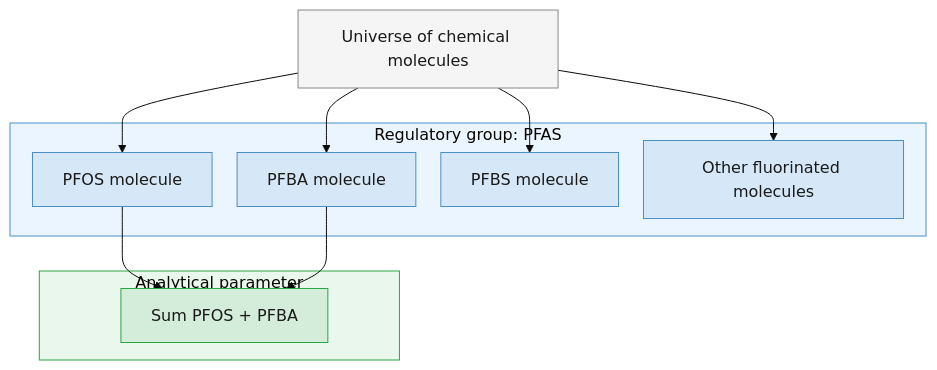
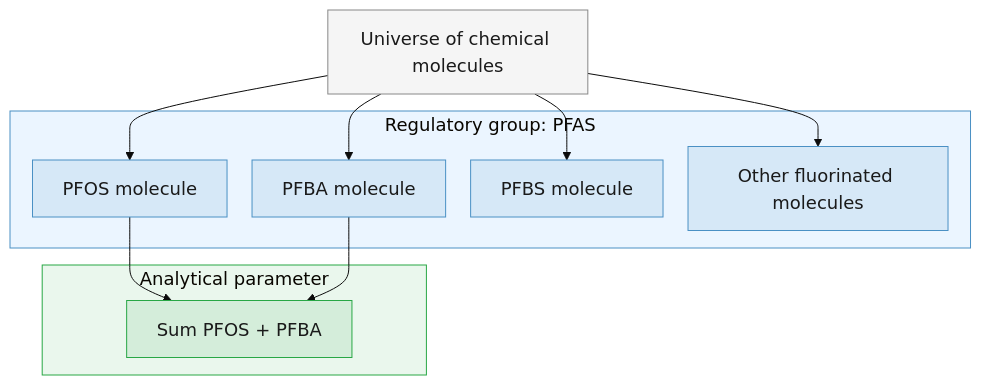
One commit to gezever/A-Substance-Is-Not-Always-a-Substance changed the diagram in paper/images/sources/regulatory_groups.mmd. Above: the diagram before and after it, drawn with Mermaid. The commit also changed 24 other files, not shown here.

```diff
--- a/paper/images/sources/regulatory_groups.mmd
+++ b/paper/images/sources/regulatory_groups.mmd
@@ -1,34 +1,34 @@
-%%{init: {"theme": "base", "themeVariables": {"clusterBkg": "#FAFAFA"}, "flowchart": {"nodeSpacing": 25, "rankSpacing": 35}}}%%
+%%{init: {"theme": "base", "themeVariables": {"clusterBkg": "#FAFAFA", "fontSize": "18px"}, "flowchart": {"nodeSpacing": 25, "rankSpacing": 35, "subGraphTitleMargin": {"top": 0, "bottom": 18}}}}%%
 flowchart TB
 
     U[Universe of chemical molecules]
 
     U --> PFOS[PFOS molecule]
     U --> PFBA[PFBA molecule]
     U --> PFBS[PFBS molecule]
     U --> OTHER[Other fluorinated molecules]
 
     subgraph PFAS_group["Regulatory group: PFAS"]
         PFOS
         PFBA
         PFBS
         OTHER
     end
 
     subgraph Analytical_parameter["Analytical parameter"]
         SUM[Sum PFOS + PFBA]
     end
 
     PFOS --> SUM
     PFBA --> SUM
 
     classDef molecule fill:#D6E8F7,stroke:#4A90C4,color:#1a1a1a
     classDef sumNode fill:#D4EDDA,stroke:#28A745,color:#1a1a1a
     classDef universe fill:#F5F5F5,stroke:#888888,color:#1a1a1a
 
     class PFOS,PFBA,PFBS,OTHER molecule
     class SUM sumNode
     class U universe
 
     style PFAS_group fill:#EBF5FF,stroke:#4A90C4
     style Analytical_parameter fill:#EAF7ED,stroke:#28A745
```
